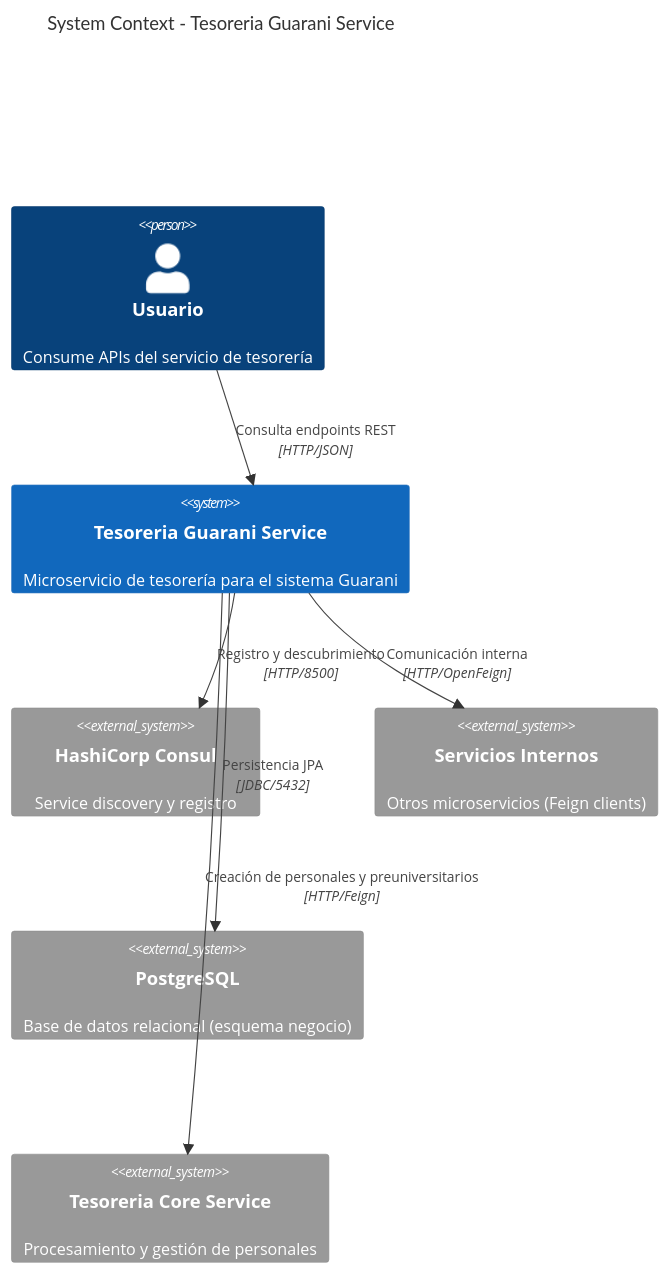
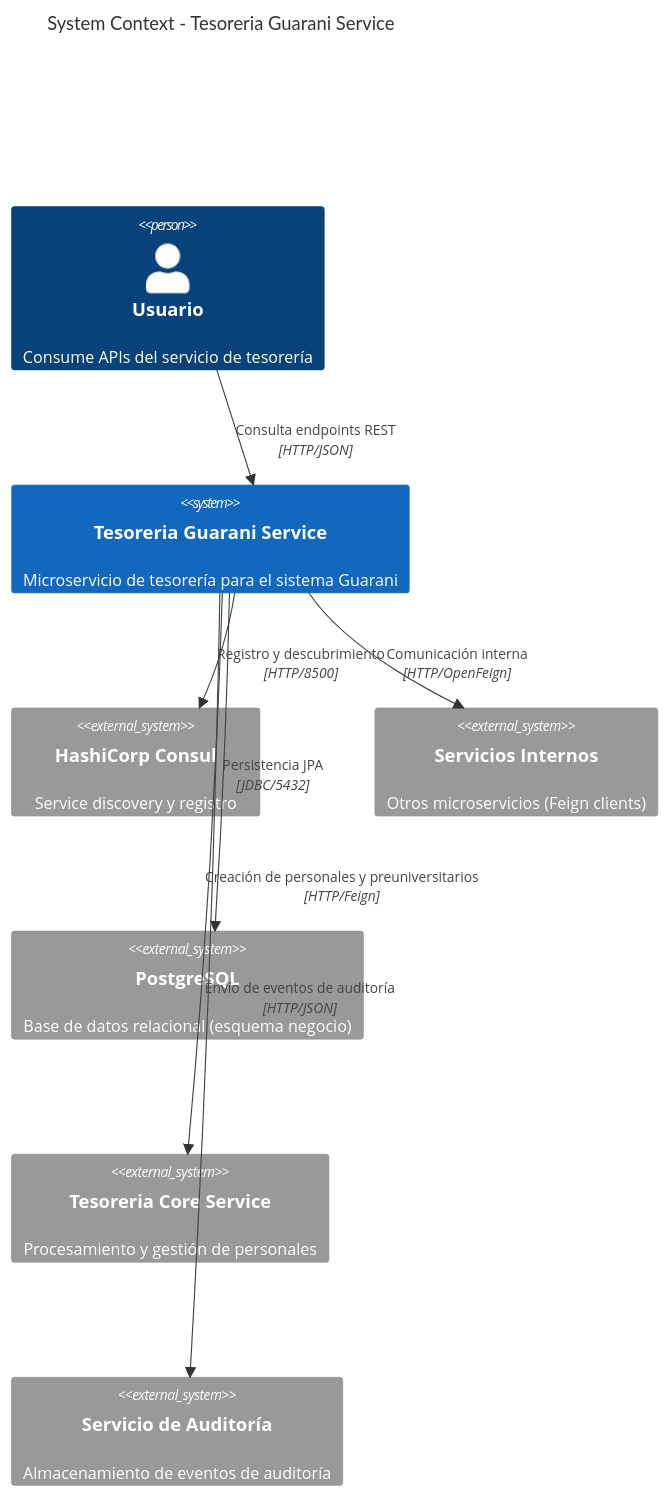
One commit to UM-services/UM.tesoreria.guarani-service changed the first of 10 diagrams in README.md. Above: the diagram before and after it, drawn with Mermaid. The commit also changed other lines of this file and 23 other files, not shown here.

````diff
--- a/README.md
+++ b/README.md
@@ -14,19 +14,21 @@
 ```mermaid
 C4Context
     title System Context - Tesoreria Guarani Service
 
     Person(user, "Usuario", "Consume APIs del servicio de tesorería")
 
     System(guarani, "Tesoreria Guarani Service", "Microservicio de tesorería para el sistema Guarani")
 
     System_Ext(consul, "HashiCorp Consul", "Service discovery y registro")
     System_Ext(feign_clients, "Servicios Internos", "Otros microservicios (Feign clients)")
     System_Ext(postgresql, "PostgreSQL", "Base de datos relacional (esquema negocio)")
     System_Ext(core, "Tesoreria Core Service", "Procesamiento y gestión de personales")
+    System_Ext(audit, "Servicio de Auditoría", "Almacenamiento de eventos de auditoría")
 
     Rel(user, guarani, "Consulta endpoints REST", "HTTP/JSON")
     Rel(guarani, consul, "Registro y descubrimiento", "HTTP/8500")
     Rel(guarani, feign_clients, "Comunicación interna", "HTTP/OpenFeign")
     Rel(guarani, postgresql, "Persistencia JPA", "JDBC/5432")
     Rel(guarani, core, "Creación de personales y preuniversitarios", "HTTP/Feign")
+    Rel(guarani, audit, "Envío de eventos de auditoría", "HTTP/JSON")
 ```
````
